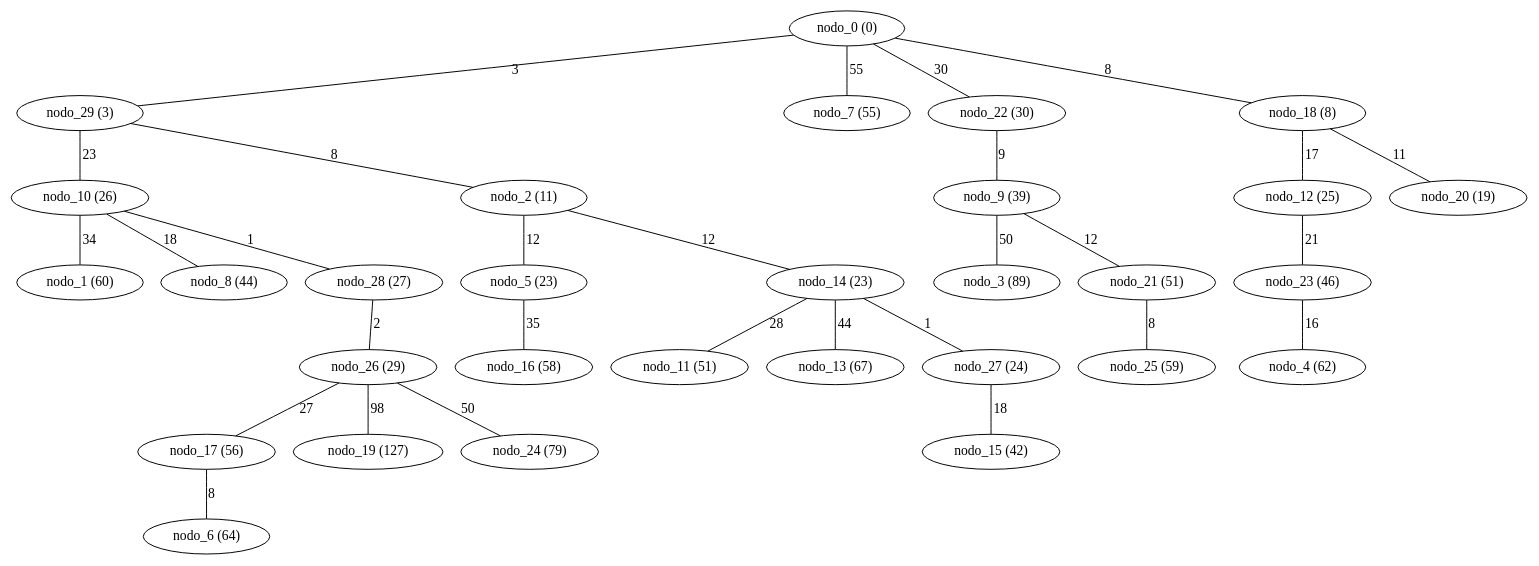
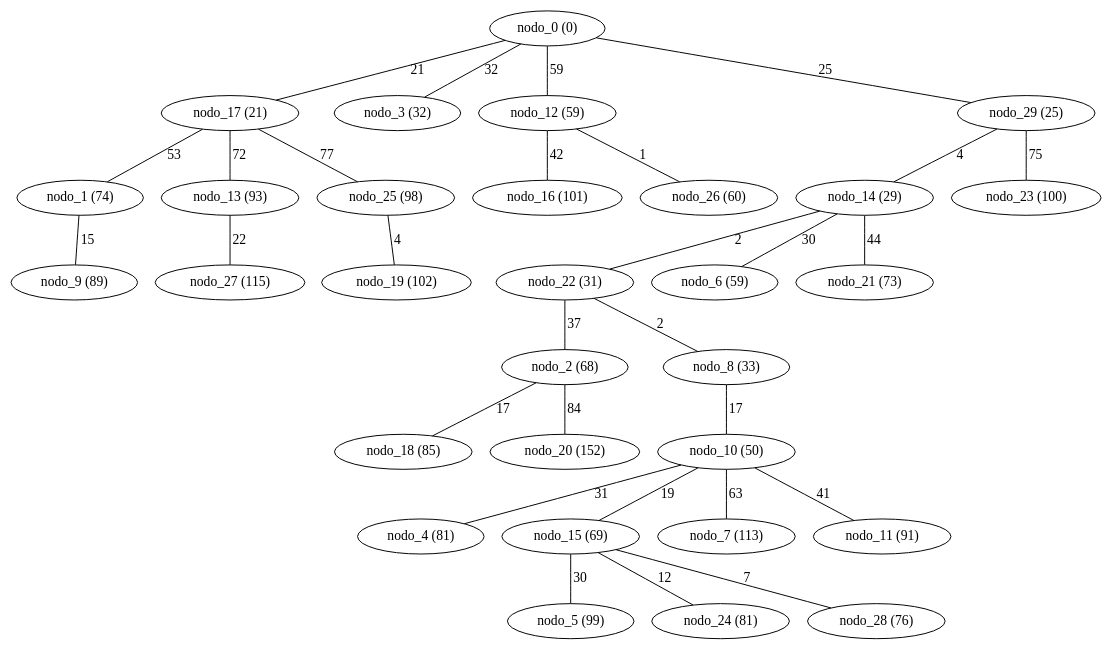
One commit to sinisterra/cic-algoritmos changed the diagram in proyecto03/gen_gilbert_30_dijkstra.gv. Above: the diagram before and after it, drawn with Graphviz. The commit also changed 25 other files, not shown here.

```diff
--- a/proyecto03/gen_gilbert_30_dijkstra.gv
+++ b/proyecto03/gen_gilbert_30_dijkstra.gv
@@ -1,31 +1,31 @@
 graph gen_gilbert_30_dijkstra {
- "nodo_10 (26)" -- "nodo_1 (60)" [label=34 weight=34]
- "nodo_29 (3)" -- "nodo_2 (11)" [label=8 weight=8]
- "nodo_9 (39)" -- "nodo_3 (89)" [label=50 weight=50]
- "nodo_23 (46)" -- "nodo_4 (62)" [label=16 weight=16]
- "nodo_2 (11)" -- "nodo_5 (23)" [label=12 weight=12]
- "nodo_17 (56)" -- "nodo_6 (64)" [label=8 weight=8]
- "nodo_0 (0)" -- "nodo_7 (55)" [label=55 weight=55]
- "nodo_10 (26)" -- "nodo_8 (44)" [label=18 weight=18]
- "nodo_22 (30)" -- "nodo_9 (39)" [label=9 weight=9]
- "nodo_29 (3)" -- "nodo_10 (26)" [label=23 weight=23]
- "nodo_14 (23)" -- "nodo_11 (51)" [label=28 weight=28]
- "nodo_18 (8)" -- "nodo_12 (25)" [label=17 weight=17]
- "nodo_14 (23)" -- "nodo_13 (67)" [label=44 weight=44]
- "nodo_2 (11)" -- "nodo_14 (23)" [label=12 weight=12]
- "nodo_27 (24)" -- "nodo_15 (42)" [label=18 weight=18]
- "nodo_5 (23)" -- "nodo_16 (58)" [label=35 weight=35]
- "nodo_26 (29)" -- "nodo_17 (56)" [label=27 weight=27]
- "nodo_0 (0)" -- "nodo_18 (8)" [label=8 weight=8]
- "nodo_26 (29)" -- "nodo_19 (127)" [label=98 weight=98]
- "nodo_18 (8)" -- "nodo_20 (19)" [label=11 weight=11]
- "nodo_9 (39)" -- "nodo_21 (51)" [label=12 weight=12]
- "nodo_0 (0)" -- "nodo_22 (30)" [label=30 weight=30]
- "nodo_12 (25)" -- "nodo_23 (46)" [label=21 weight=21]
- "nodo_26 (29)" -- "nodo_24 (79)" [label=50 weight=50]
- "nodo_21 (51)" -- "nodo_25 (59)" [label=8 weight=8]
- "nodo_28 (27)" -- "nodo_26 (29)" [label=2 weight=2]
- "nodo_14 (23)" -- "nodo_27 (24)" [label=1 weight=1]
- "nodo_10 (26)" -- "nodo_28 (27)" [label=1 weight=1]
- "nodo_0 (0)" -- "nodo_29 (3)" [label=3 weight=3]
+ "nodo_17 (21)" -- "nodo_1 (74)" [label=53 weight=53]
+ "nodo_22 (31)" -- "nodo_2 (68)" [label=37 weight=37]
+ "nodo_0 (0)" -- "nodo_3 (32)" [label=32 weight=32]
+ "nodo_10 (50)" -- "nodo_4 (81)" [label=31 weight=31]
+ "nodo_15 (69)" -- "nodo_5 (99)" [label=30 weight=30]
+ "nodo_14 (29)" -- "nodo_6 (59)" [label=30 weight=30]
+ "nodo_10 (50)" -- "nodo_7 (113)" [label=63 weight=63]
+ "nodo_22 (31)" -- "nodo_8 (33)" [label=2 weight=2]
+ "nodo_1 (74)" -- "nodo_9 (89)" [label=15 weight=15]
+ "nodo_8 (33)" -- "nodo_10 (50)" [label=17 weight=17]
+ "nodo_10 (50)" -- "nodo_11 (91)" [label=41 weight=41]
+ "nodo_0 (0)" -- "nodo_12 (59)" [label=59 weight=59]
+ "nodo_17 (21)" -- "nodo_13 (93)" [label=72 weight=72]
+ "nodo_29 (25)" -- "nodo_14 (29)" [label=4 weight=4]
+ "nodo_10 (50)" -- "nodo_15 (69)" [label=19 weight=19]
+ "nodo_12 (59)" -- "nodo_16 (101)" [label=42 weight=42]
+ "nodo_0 (0)" -- "nodo_17 (21)" [label=21 weight=21]
+ "nodo_2 (68)" -- "nodo_18 (85)" [label=17 weight=17]
+ "nodo_25 (98)" -- "nodo_19 (102)" [label=4 weight=4]
+ "nodo_2 (68)" -- "nodo_20 (152)" [label=84 weight=84]
+ "nodo_14 (29)" -- "nodo_21 (73)" [label=44 weight=44]
+ "nodo_14 (29)" -- "nodo_22 (31)" [label=2 weight=2]
+ "nodo_29 (25)" -- "nodo_23 (100)" [label=75 weight=75]
+ "nodo_15 (69)" -- "nodo_24 (81)" [label=12 weight=12]
+ "nodo_17 (21)" -- "nodo_25 (98)" [label=77 weight=77]
+ "nodo_12 (59)" -- "nodo_26 (60)" [label=1 weight=1]
+ "nodo_13 (93)" -- "nodo_27 (115)" [label=22 weight=22]
+ "nodo_15 (69)" -- "nodo_28 (76)" [label=7 weight=7]
+ "nodo_0 (0)" -- "nodo_29 (25)" [label=25 weight=25]
 }
```
